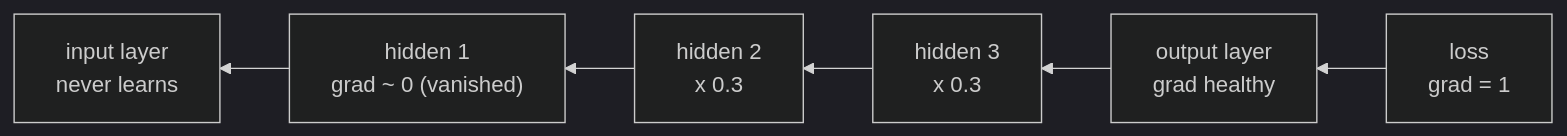
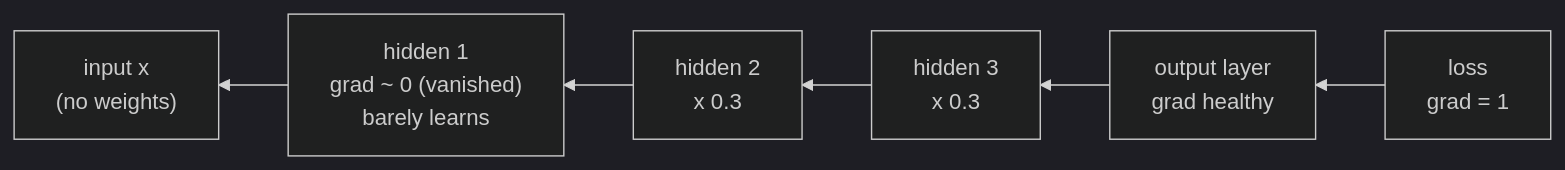
Before and after one commit to devomh/cdat4011-2026: the first of 2 diagrams in u05_deep_learning/l17_concept_training_deep_networks.qmd, drawn with Mermaid (dark theme). The commit also changed other lines of this file and 3 other files, not shown here.

````diff
--- a/u05_deep_learning/l17_concept_training_deep_networks.qmd
+++ b/u05_deep_learning/l17_concept_training_deep_networks.qmd
@@ -57,8 +65,8 @@
 ```{mermaid}
 flowchart RL
   L["loss<br/>grad = 1"] --> o["output layer<br/>grad healthy"]
   o --> h3["hidden 3<br/>x 0.3"]
   h3 --> h2["hidden 2<br/>x 0.3"]
-  h2 --> h1["hidden 1<br/>grad ~ 0 (vanished)"]
-  h1 --> i["input layer<br/>never learns"]
+  h2 --> h1["hidden 1<br/>grad ~ 0 (vanished)<br/>barely learns"]
+  h1 --> i["input x<br/>(no weights)"]
 ```
````
